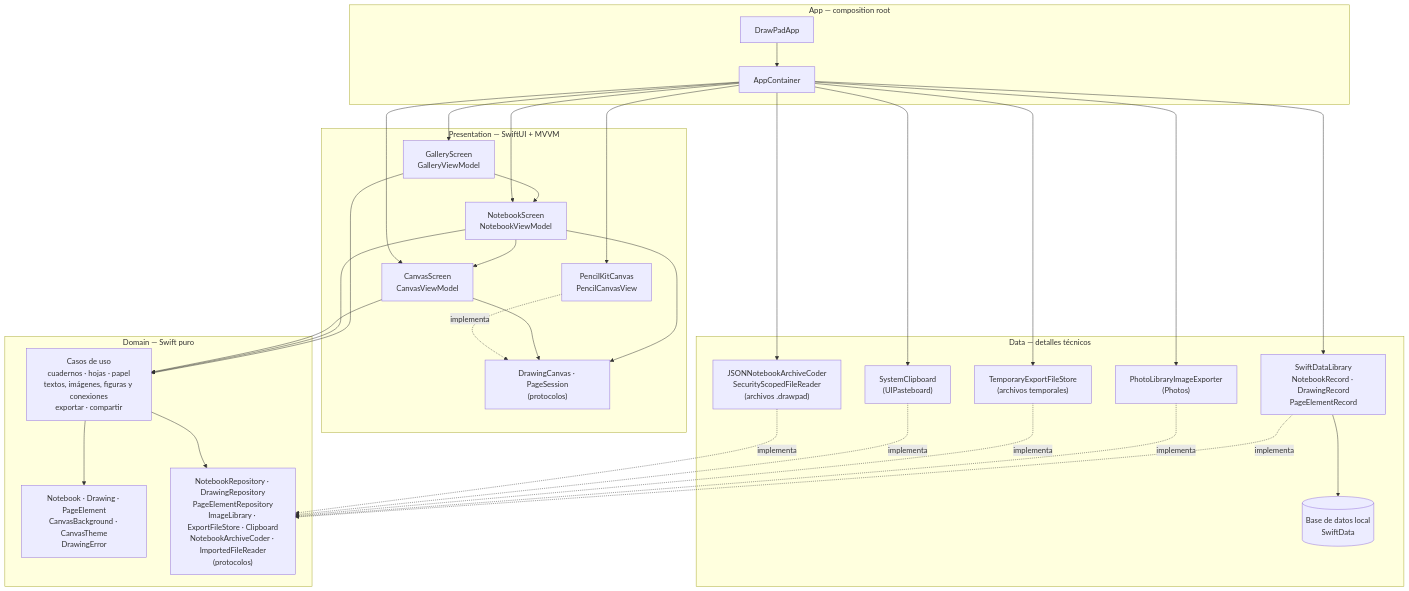
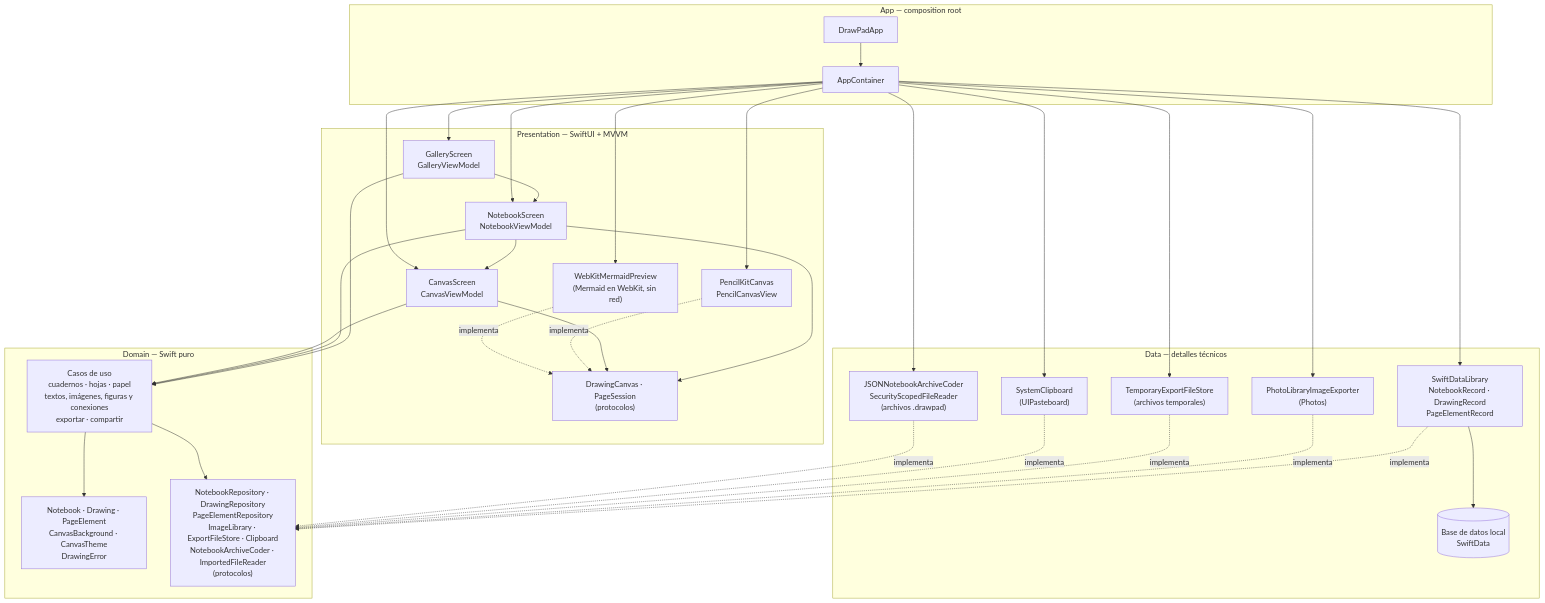
The first of 16 diagrams in docs/arquitectura.md (jhonjairo6230/DrawPad), drawn with Mermaid before and after one commit. The commit also changed other lines of this file and 39 other files, not shown here.

First line of the commit message:
Añadir diagramas Mermaid a las hojas

````diff
--- a/docs/arquitectura.md
+++ b/docs/arquitectura.md
@@ -13,54 +13,57 @@
 ```mermaid
 flowchart TB
     subgraph APP["App — composition root"]
         A1["DrawPadApp"]
         A2["AppContainer"]
     end
     subgraph PRES["Presentation — SwiftUI + MVVM"]
         G1["GalleryScreen<br/>GalleryViewModel"]
         N1["NotebookScreen<br/>NotebookViewModel"]
         P1["CanvasScreen<br/>CanvasViewModel"]
         P3["DrawingCanvas · PageSession<br/>(protocolos)"]
         P4["PencilKitCanvas<br/>PencilCanvasView"]
+        P5["WebKitMermaidPreview<br/>(Mermaid en WebKit, sin red)"]
     end
     subgraph DOM["Domain — Swift puro"]
         D1["Casos de uso<br/>cuadernos · hojas · papel<br/>textos, imágenes, figuras y conexiones<br/>exportar · compartir"]
         D2["Notebook · Drawing · PageElement<br/>CanvasBackground · CanvasTheme<br/>DrawingError"]
         D3["NotebookRepository · DrawingRepository<br/>PageElementRepository<br/>ImageLibrary · ExportFileStore · Clipboard<br/>NotebookArchiveCoder · ImportedFileReader<br/>(protocolos)"]
     end
     subgraph DATA["Data — detalles técnicos"]
         T1["SwiftDataLibrary<br/>NotebookRecord · DrawingRecord<br/>PageElementRecord"]
         T2["PhotoLibraryImageExporter<br/>(Photos)"]
         T4["TemporaryExportFileStore<br/>(archivos temporales)"]
         T5["SystemClipboard<br/>(UIPasteboard)"]
         T6["JSONNotebookArchiveCoder<br/>SecurityScopedFileReader<br/>(archivos .drawpad)"]
         T3[("Base de datos local<br/>SwiftData")]
     end
 
     G1 --> N1
     N1 --> P1
     G1 --> D1
     N1 --> D1
     N1 --> P3
     P1 --> P3
     P1 --> D1
     P4 -. implementa .-> P3
+    P5 -. implementa .-> P3
     D1 --> D2
     D1 --> D3
     T1 -. implementa .-> D3
     T2 -. implementa .-> D3
     T4 -. implementa .-> D3
     T5 -. implementa .-> D3
     T6 -. implementa .-> D3
     T1 --> T3
     A1 --> A2
     A2 --> G1
     A2 --> N1
     A2 --> P1
     A2 --> P4
+    A2 --> P5
     A2 --> T1
     A2 --> T2
     A2 --> T4
     A2 --> T5
     A2 --> T6
 ```
````
